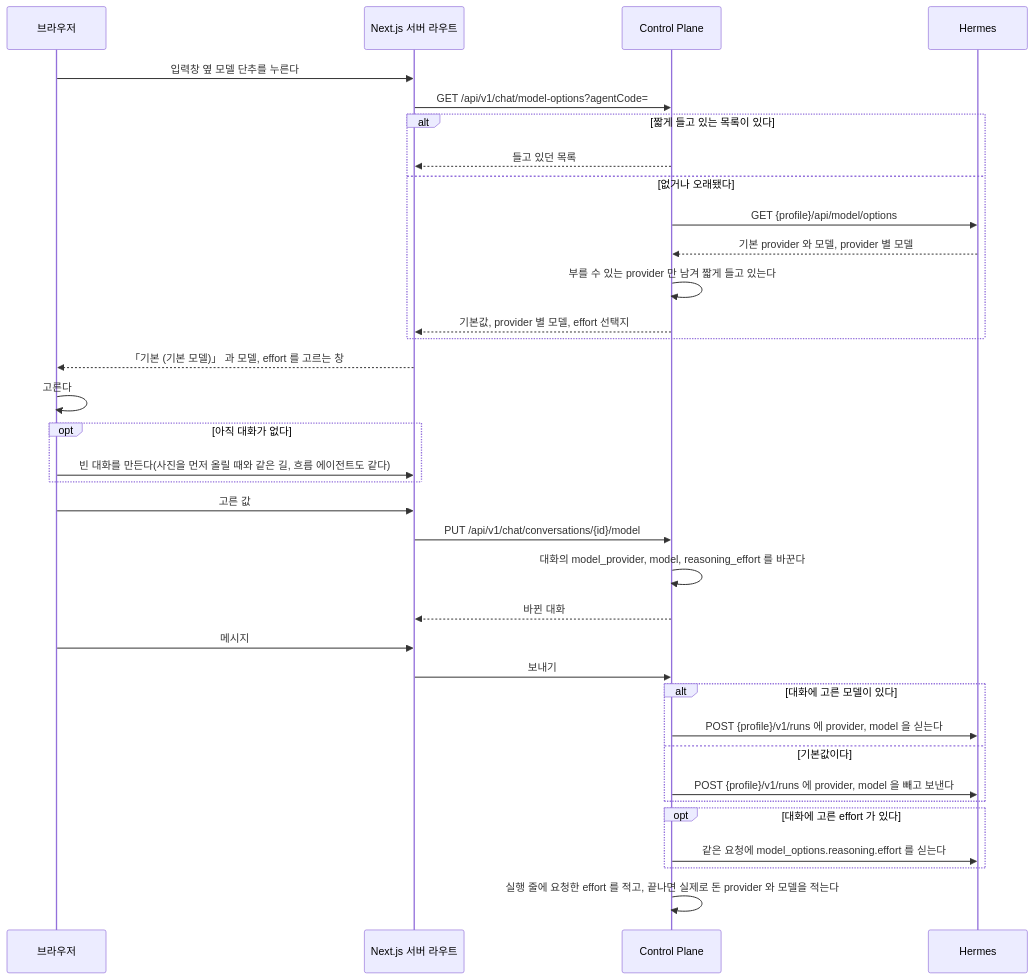
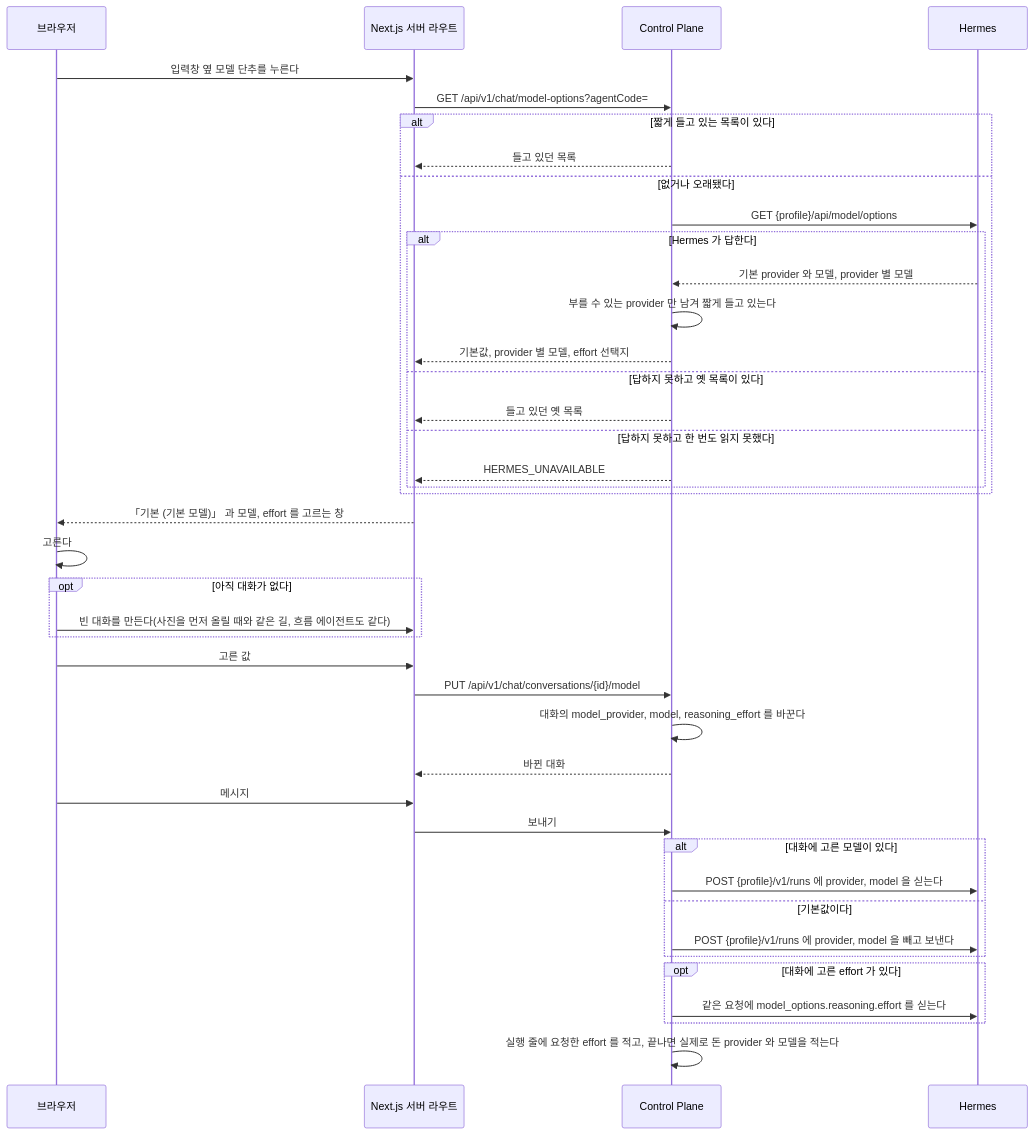
Before and after one commit to jon890/fos-assistant: the eighth of 19 diagrams in docs/flow.md, drawn with Mermaid. The commit also changed other lines of this file and 13 other files, not shown here.

````diff
--- a/docs/flow.md
+++ b/docs/flow.md
@@ -380,38 +380,44 @@
 ```mermaid
 sequenceDiagram
     participant B as 브라우저
     participant W as Next.js 서버 라우트
     participant C as Control Plane
     participant H as Hermes
 
     B->>W: 입력창 옆 모델 단추를 누른다
     W->>C: GET /api/v1/chat/model-options?agentCode=
     alt 짧게 들고 있는 목록이 있다
         C-->>W: 들고 있던 목록
     else 없거나 오래됐다
         C->>H: GET {profile}/api/model/options
-        H-->>C: 기본 provider 와 모델, provider 별 모델
-        C->>C: 부를 수 있는 provider 만 남겨 짧게 들고 있는다
-        C-->>W: 기본값, provider 별 모델, effort 선택지
+        alt Hermes 가 답한다
+            H-->>C: 기본 provider 와 모델, provider 별 모델
+            C->>C: 부를 수 있는 provider 만 남겨 짧게 들고 있는다
+            C-->>W: 기본값, provider 별 모델, effort 선택지
+        else 답하지 못하고 옛 목록이 있다
+            C-->>W: 들고 있던 옛 목록
+        else 답하지 못하고 한 번도 읽지 못했다
+            C-->>W: HERMES_UNAVAILABLE
+        end
     end
     W-->>B: 「기본 (기본 모델)」 과 모델, effort 를 고르는 창
     B->>B: 고른다
     opt 아직 대화가 없다
         B->>W: 빈 대화를 만든다(사진을 먼저 올릴 때와 같은 길, 흐름 에이전트도 같다)
     end
     B->>W: 고른 값
     W->>C: PUT /api/v1/chat/conversations/{id}/model
     C->>C: 대화의 model_provider, model, reasoning_effort 를 바꾼다
     C-->>W: 바뀐 대화
     B->>W: 메시지
     W->>C: 보내기
     alt 대화에 고른 모델이 있다
         C->>H: POST {profile}/v1/runs 에 provider, model 을 싣는다
     else 기본값이다
         C->>H: POST {profile}/v1/runs 에 provider, model 을 빼고 보낸다
     end
     opt 대화에 고른 effort 가 있다
         C->>H: 같은 요청에 model_options.reasoning.effort 를 싣는다
     end
     C->>C: 실행 줄에 요청한 effort 를 적고, 끝나면 실제로 돈 provider 와 모델을 적는다
 ```
````
